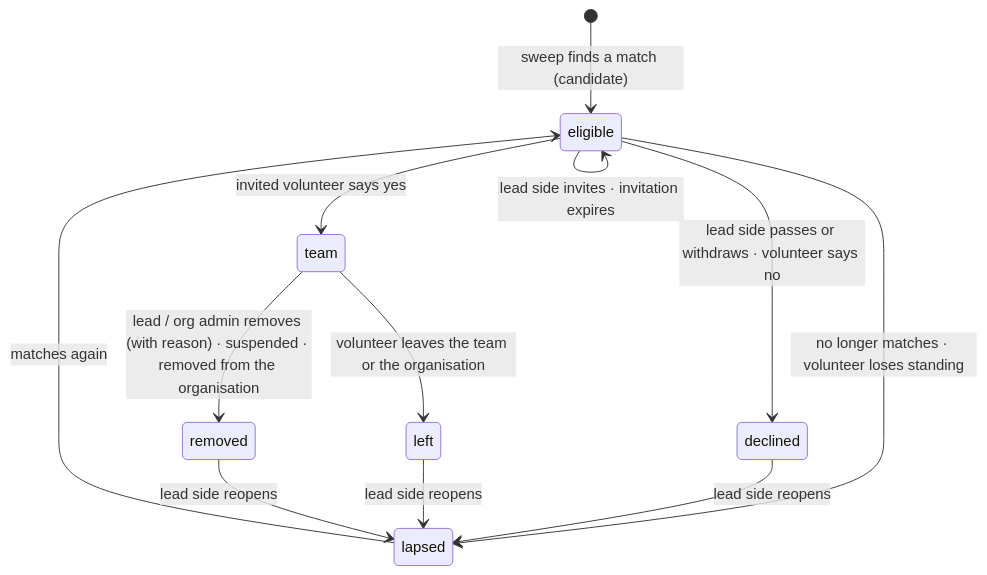
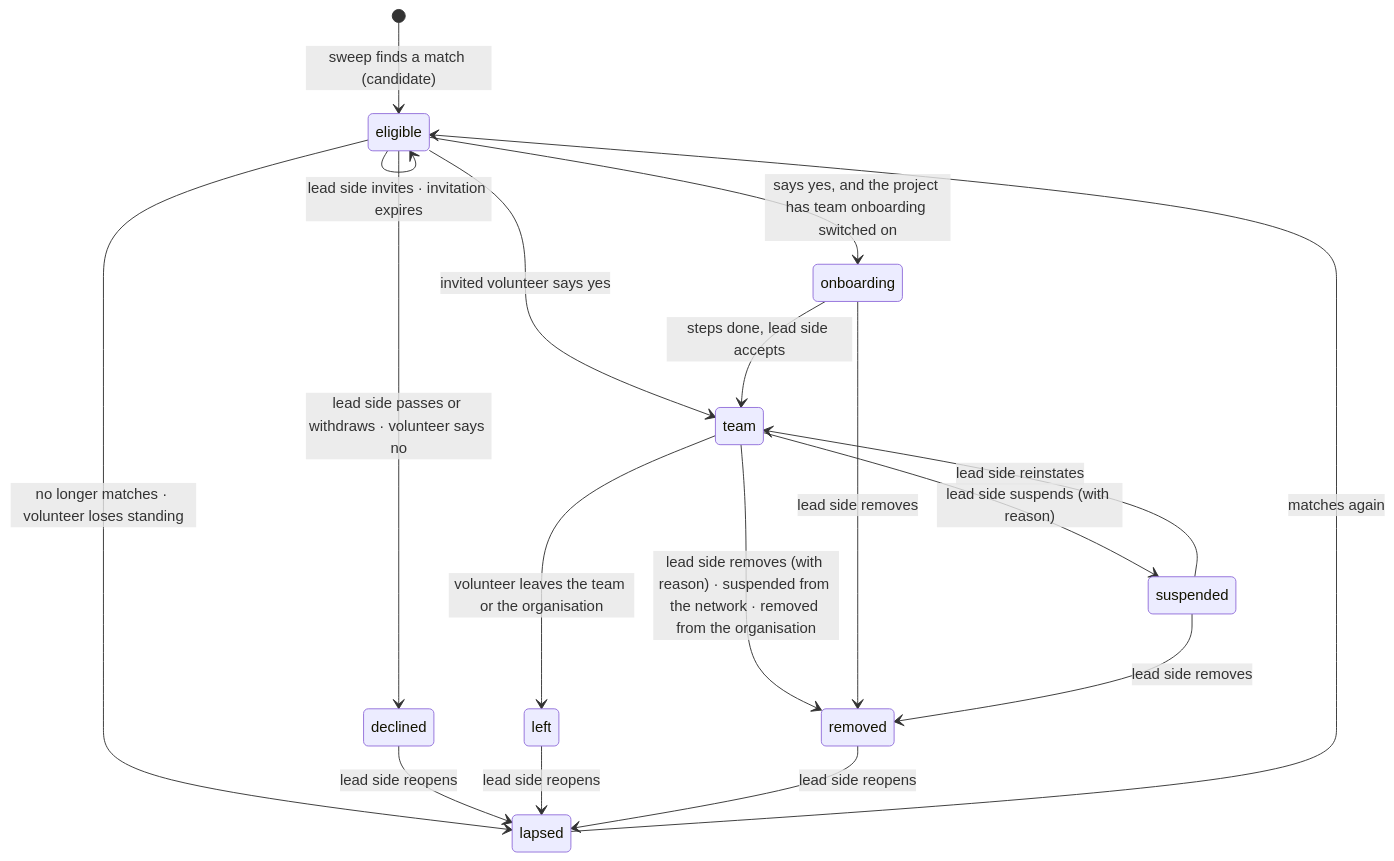
One commit to TheCyberScallywag/hackEntry changed the eighth of 13 diagrams in docs/content/project/solution-architecture.md. Above: the diagram before and after it, drawn with Mermaid. The commit also changed other lines of this file and 48 other files, not shown here.

````diff
--- a/docs/content/project/solution-architecture.md
+++ b/docs/content/project/solution-architecture.md
@@ -480,14 +528,20 @@
 ```mermaid
 stateDiagram-v2
   [*] --> eligible: sweep finds a match (candidate)
   eligible --> eligible: lead side invites · invitation expires
   eligible --> team: invited volunteer says yes
+  eligible --> onboarding: says yes, and the project has team onboarding switched on
+  onboarding --> team: steps done, lead side accepts
   eligible --> declined: lead side passes or withdraws · volunteer says no
   eligible --> lapsed: no longer matches · volunteer loses standing
   lapsed --> eligible: matches again
+  team --> suspended: lead side suspends (with reason)
+  suspended --> team: lead side reinstates
   team --> left: volunteer leaves the team or the organisation
-  team --> removed: lead / org admin removes (with reason) · suspended · removed from the organisation
+  team --> removed: lead side removes (with reason) · suspended from the network · removed from the organisation
+  onboarding --> removed: lead side removes
+  suspended --> removed: lead side removes
   declined --> lapsed: lead side reopens
   left --> lapsed: lead side reopens
   removed --> lapsed: lead side reopens
 ```
````
